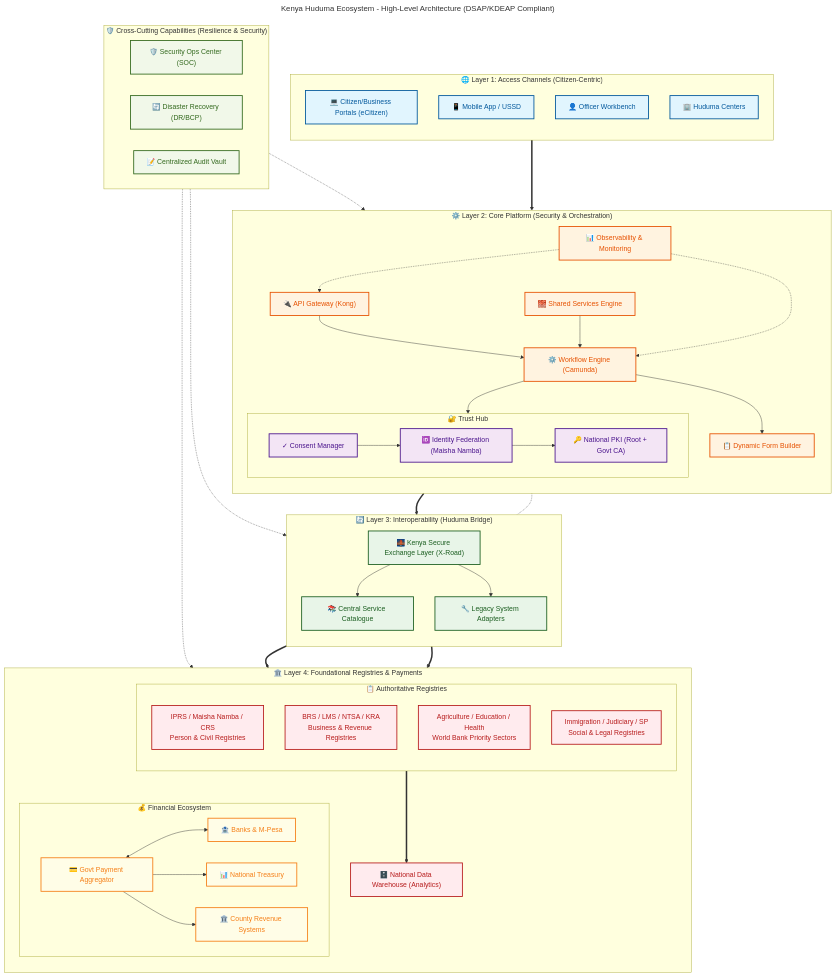
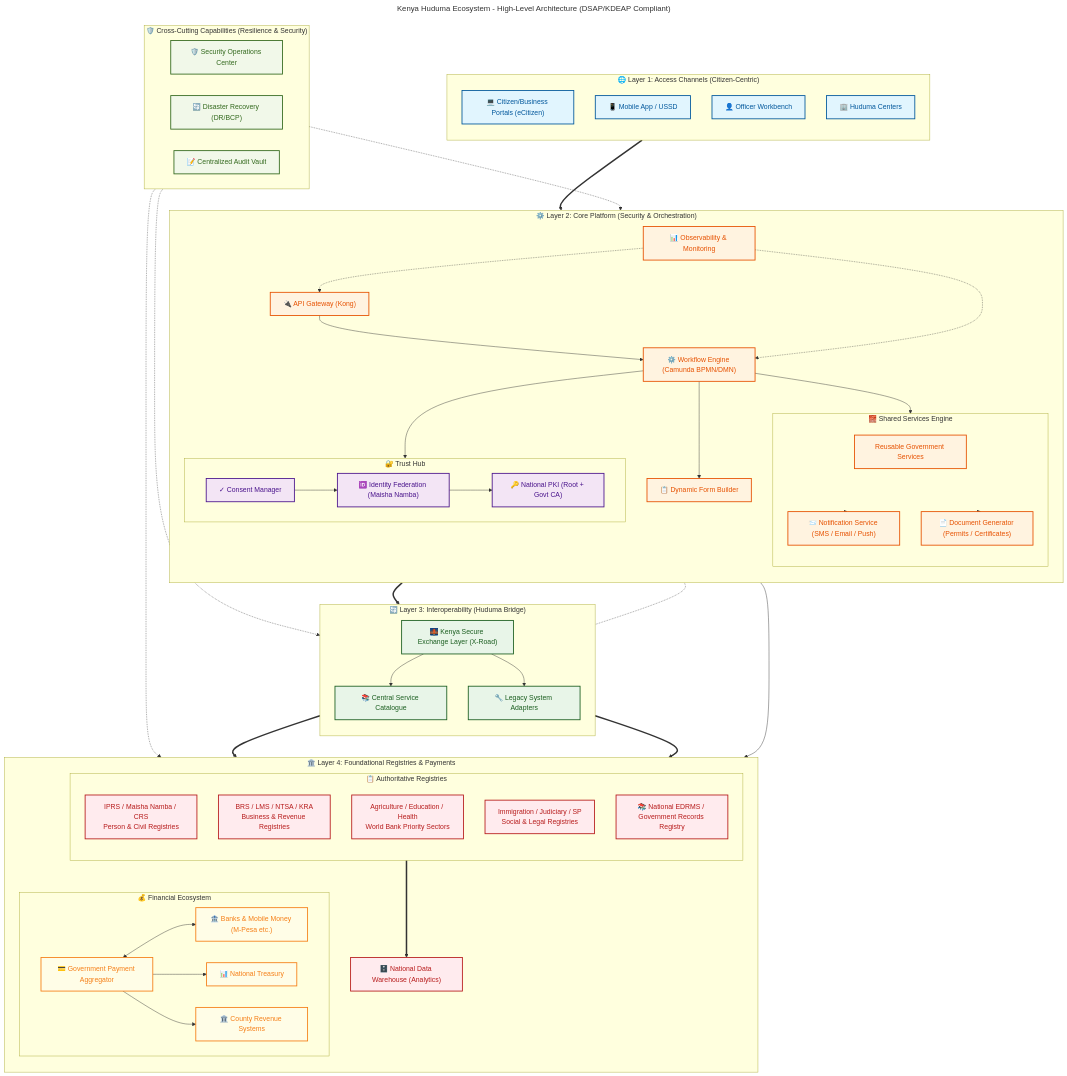
The first of 2 diagrams in docs/architecture/architecture_three.md (BITZ-IT-Consulting-LTD/ictapoc), drawn with Mermaid before and after one commit. The commit also changed 1 other file, not shown here.

Commit message:
updated docker compose

```diff
--- a/docs/architecture/architecture_three.md
+++ b/docs/architecture/architecture_three.md
@@ -30,10 +30,16 @@
         direction TB
         
         AG["🔌 API Gateway (Kong)"]:::core
-        WE["⚙️ Workflow Engine (Camunda)"]:::core
+        WE["⚙️ Workflow Engine (Camunda BPMN/DMN)"]:::core
         FS["📋 Dynamic Form Builder"]:::core
         OBS["📊 Observability & Monitoring"]:::core
-        SSE["🧱 Shared Services Engine"]:::core
+        
+        subgraph SharedServices["🧱 Shared Services Engine"]
+            direction TB
+            SSE["Reusable Government Services"]:::core
+            NOTIFY["📨 Notification Service (SMS / Email / Push)"]:::core
+            DOCGEN["📄 Document Generator (Permits / Certificates)"]:::core
+        end
         
         subgraph TrustHub["🔐 Trust Hub"]
             direction LR
@@ -46,9 +52,13 @@
         AG --> WE
         WE --> FS
         WE --> CM
+        WE --> SharedServices
+        SharedServices --> NOTIFY
+        SharedServices --> DOCGEN
+        
         CM --> IDP
         IDP --> NPKI
-        SSE --> WE
+        
         OBS -.-> AG
         OBS -.-> WE
     end
@@ -70,23 +80,24 @@
         
         subgraph Registries["📋 Authoritative Registries"]
             direction TB
-            R1[IPRS / Maisha Namba / CRS<br/>Person & Civil Registries]:::registry
-            R2[BRS / LMS / NTSA / KRA<br/>Business & Revenue Registries]:::registry
-            R_SEC[Agriculture / Education / Health<br/>World Bank Priority Sectors]:::registry
-            R4[Immigration / Judiciary / SP<br/>Social & Legal Registries]:::registry
+            R1["IPRS / Maisha Namba / CRS<br/>Person & Civil Registries"]:::registry
+            R2["BRS / LMS / NTSA / KRA<br/>Business & Revenue Registries"]:::registry
+            R_SEC["Agriculture / Education / Health<br/>World Bank Priority Sectors"]:::registry
+            R4["Immigration / Judiciary / SP<br/>Social & Legal Registries"]:::registry
+            EDRMS["📚 National EDRMS / Government Records Registry"]:::registry
         end
         
         NDW["🗄️ National Data Warehouse (Analytics)"]:::registry
         
         subgraph Payments["💰 Financial Ecosystem"]
             direction LR
-            GPA["💳 Govt Payment Aggregator"]:::payment
-            Banks["🏦 Banks & M-Pesa"]:::payment
+            GPA["💳 Government Payment Aggregator"]:::payment
+            Banks["🏦 Banks & Mobile Money (M-Pesa etc.)"]:::payment
             Treasury["📊 National Treasury"]:::payment
             Counties["🏛️ County Revenue Systems"]:::payment
         end
         
-        %% Payment internal connections
+        %% Payment connections
         GPA <--> Banks
         GPA --> Treasury
         GPA --> Counties
@@ -95,24 +106,28 @@
     %% Cross-Cutting Layer
     subgraph CrossLayer["🛡️ Cross-Cutting Capabilities (Resilience & Security)"]
         direction LR
-        SOC["🛡️ Security Ops Center (SOC)"]:::cross
+        SOC["🛡️ Security Operations Center"]:::cross
         DR["🔄 Disaster Recovery (DR/BCP)"]:::cross
         AUD["📝 Centralized Audit Vault"]:::cross
     end
 
-    %% Main Flow - Top to Bottom
+    %% Main Flow
     Layer1 ==> AG
     
     WE ==> KeSEL
     
     KeSEL ==> Registries
     KeSEL ==> GPA
+    
     Registries ==> NDW
 
-    %% Connect Trust Hub to Layer 3
+    %% Document flow
+    DOCGEN --> EDRMS
+
+    %% Trust integration
     TrustHub -.- KeSEL
-    
-    %% Resilience links
+
+    %% Security monitoring
     CrossLayer -.-> Layer2
     CrossLayer -.-> Layer3
     CrossLayer -.-> Layer4
```
